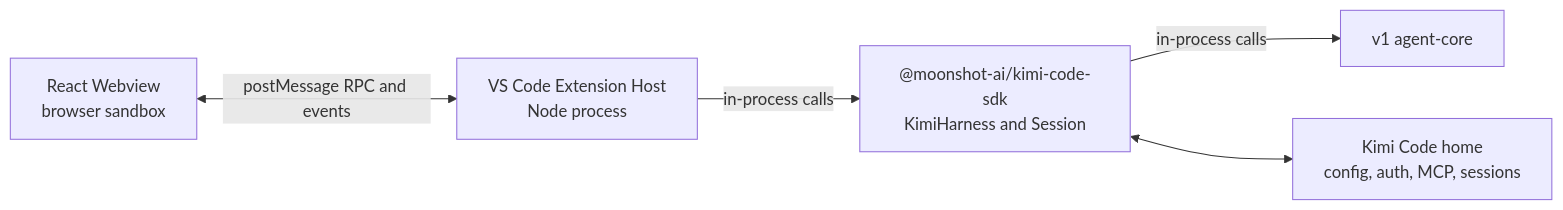
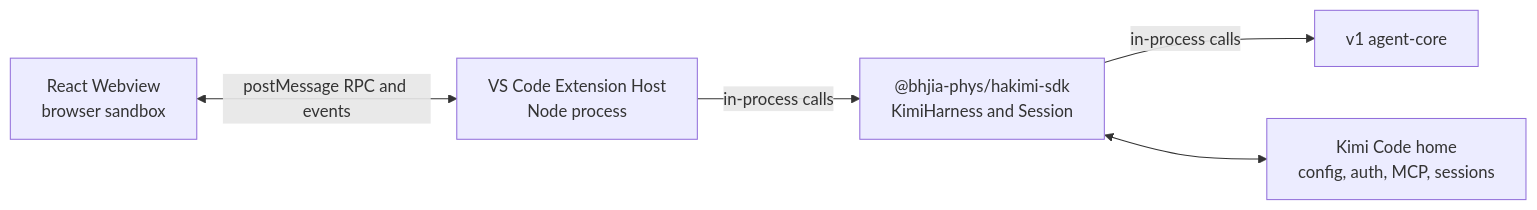
Before and after one commit to bhjia-phys/Hakimi: the diagram in apps/vscode/docs/node-sdk-migration.md, drawn with Mermaid. The commit also changed other lines of this file and 327 other files, not shown here.

````diff
--- a/apps/vscode/docs/node-sdk-migration.md
+++ b/apps/vscode/docs/node-sdk-migration.md
@@ -57,13 +57,13 @@
 ```mermaid
 flowchart LR
   UI["React Webview<br/>browser sandbox"]
   Host["VS Code Extension Host<br/>Node process"]
-  SDK["@moonshot-ai/kimi-code-sdk<br/>KimiHarness and Session"]
+  SDK["@bhjia-phys/hakimi-sdk<br/>KimiHarness and Session"]
   Core["v1 agent-core"]
   Home["Kimi Code home<br/>config, auth, MCP, sessions"]
 
   UI <-->|"postMessage RPC and events"| Host
   Host -->|"in-process calls"| SDK
   SDK -->|"in-process calls"| Core
   SDK <--> Home
 ```
````
